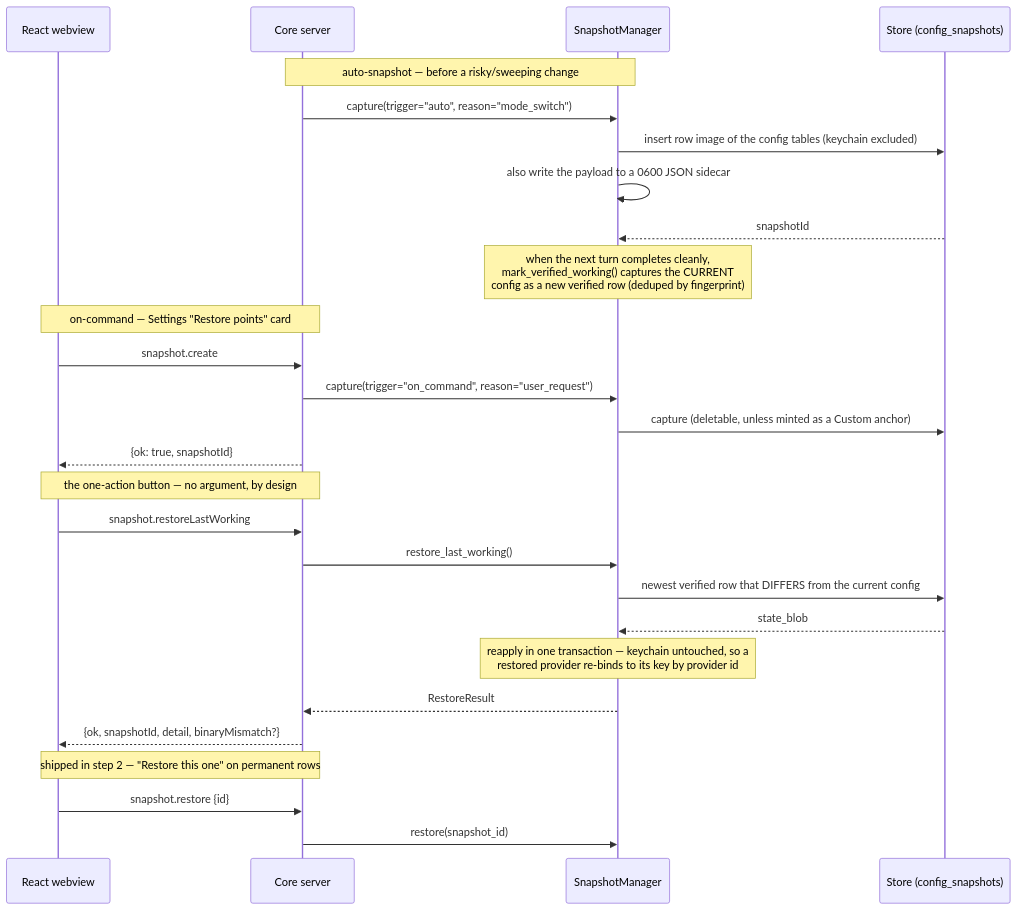
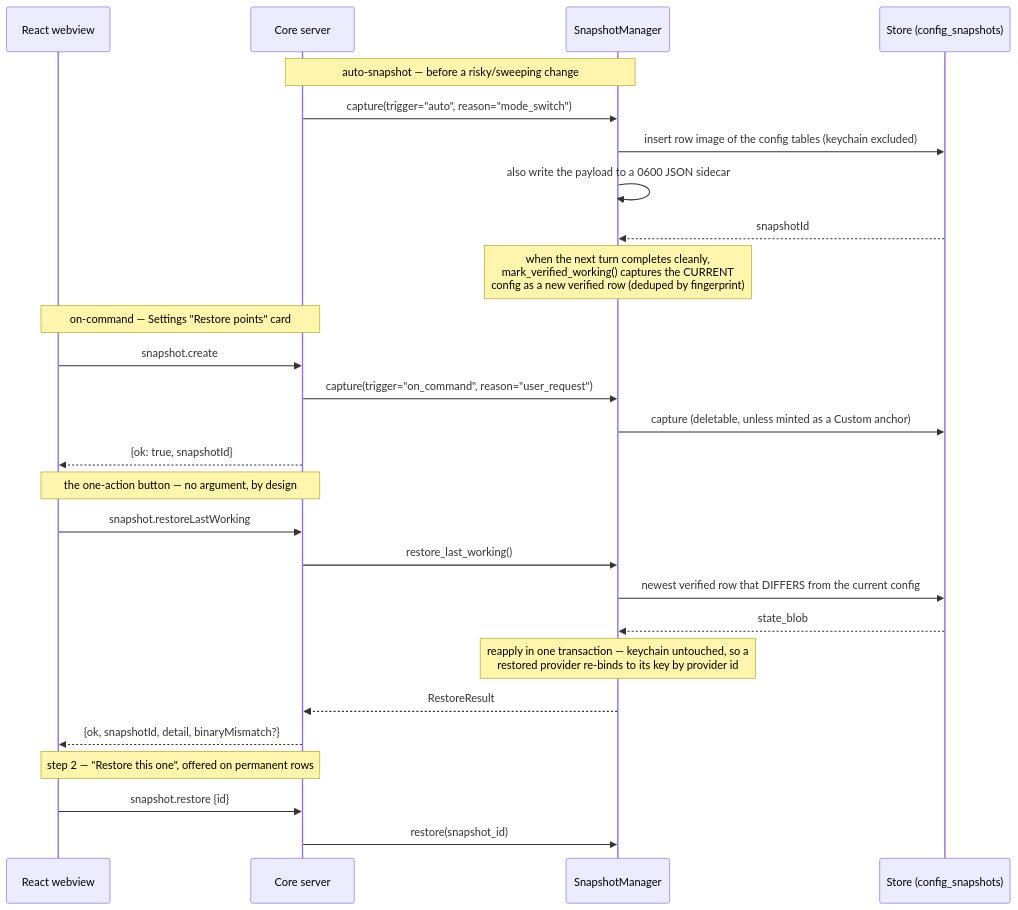
One commit to N041M/Addison changed the ninth of 15 diagrams in docs/flows.md. Above: the diagram before and after it, drawn with Mermaid. The commit also changed other lines of this file and 17 other files, not shown here.

````diff
--- a/docs/flows.md
+++ b/docs/flows.md
@@ -309,33 +329,33 @@
 ```mermaid
 sequenceDiagram
     participant WV as React webview
     participant SRV as Core server
     participant SM as SnapshotManager
     participant ST as Store (config_snapshots)
 
     Note over SRV,SM: auto-snapshot — before a risky/sweeping change
     SRV->>SM: capture(trigger="auto", reason="mode_switch")
     SM->>ST: insert row image of the config tables (keychain excluded)
     SM->>SM: also write the payload to a 0600 JSON sidecar
     ST-->>SM: snapshotId
     Note over SM: when the next turn completes cleanly,<br/>mark_verified_working() captures the CURRENT<br/>config as a new verified row (deduped by fingerprint)
 
     Note over WV,SRV: on-command — Settings "Restore points" card
     WV->>SRV: snapshot.create
     SRV->>SM: capture(trigger="on_command", reason="user_request")
     SM->>ST: capture (deletable, unless minted as a Custom anchor)
     SRV-->>WV: {ok: true, snapshotId}
 
     Note over WV,SRV: the one-action button — no argument, by design
     WV->>SRV: snapshot.restoreLastWorking
     SRV->>SM: restore_last_working()
     SM->>ST: newest verified row that DIFFERS from the current config
     ST-->>SM: state_blob
     Note over SM: reapply in one transaction — keychain untouched, so a<br/>restored provider re-binds to its key by provider id
     SM-->>SRV: RestoreResult
     SRV-->>WV: {ok, snapshotId, detail, binaryMismatch?}
 
-    Note over WV,SRV: shipped in step 2 — "Restore this one" on permanent rows
+    Note over WV,SRV: step 2 — "Restore this one", offered on permanent rows
     WV->>SRV: snapshot.restore {id}
     SRV->>SM: restore(snapshot_id)
 ```
````
